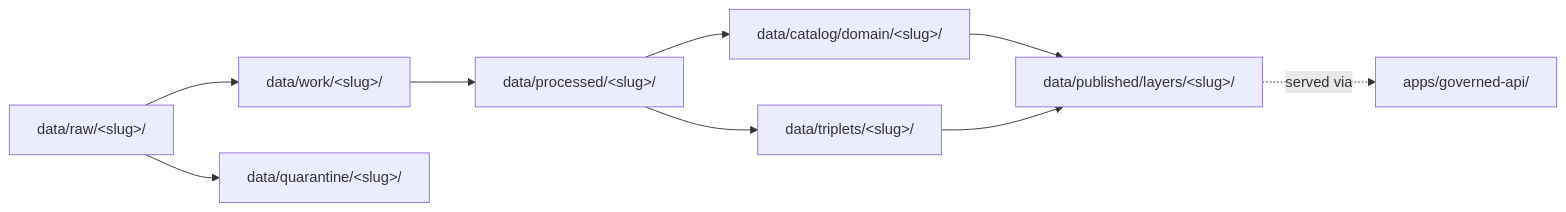
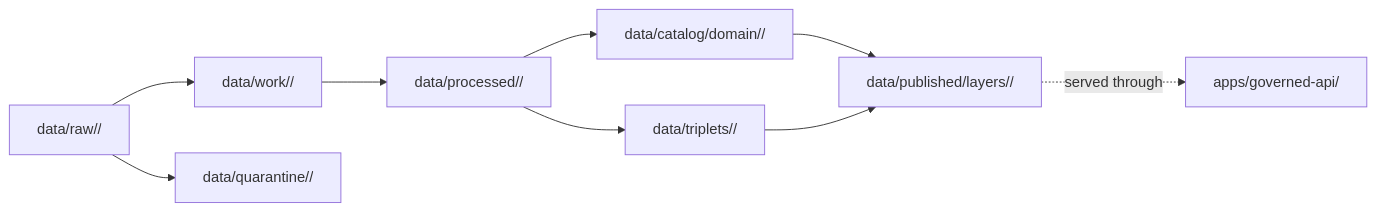
One commit to bartytime4life/Kansas-Frontier-Matrix changed the second of 2 diagrams in docs/domains/README.md. Above: the diagram before and after it, drawn with Mermaid. The commit also changed other lines of this file, not shown here.

````diff
--- a/docs/domains/README.md
+++ b/docs/domains/README.md
@@ -157,11 +233,11 @@
 ```mermaid
 flowchart LR
-  RAW["data/raw/&lt;slug&gt;/"] --> WORK["data/work/&lt;slug&gt;/"]
-  RAW --> QUAR["data/quarantine/&lt;slug&gt;/"]
-  WORK --> PROC["data/processed/&lt;slug&gt;/"]
-  PROC --> CAT["data/catalog/domain/&lt;slug&gt;/"]
-  PROC --> TRIP["data/triplets/&lt;slug&gt;/"]
-  CAT --> PUB["data/published/layers/&lt;slug&gt;/"]
+  RAW["data/raw/<slug>/"] --> WORK["data/work/<slug>/"]
+  RAW --> QUAR["data/quarantine/<slug>/"]
+  WORK --> PROC["data/processed/<slug>/"]
+  PROC --> CAT["data/catalog/domain/<slug>/"]
+  PROC --> TRIP["data/triplets/<slug>/"]
+  CAT --> PUB["data/published/layers/<slug>/"]
   TRIP --> PUB
-  PUB -. served via .-> API["apps/governed-api/"]
+  PUB -. served through .-> API["apps/governed-api/"]
 ```
````
